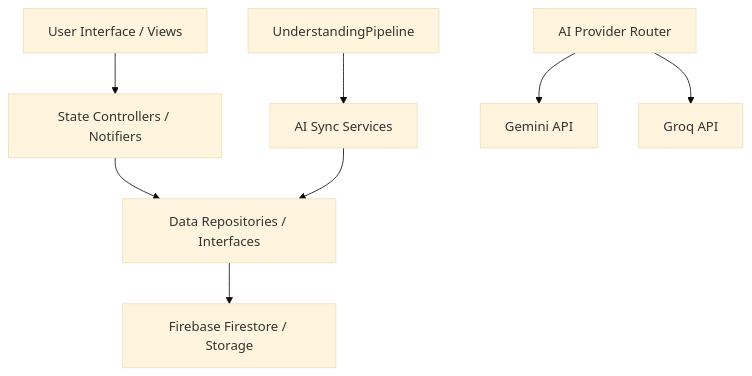
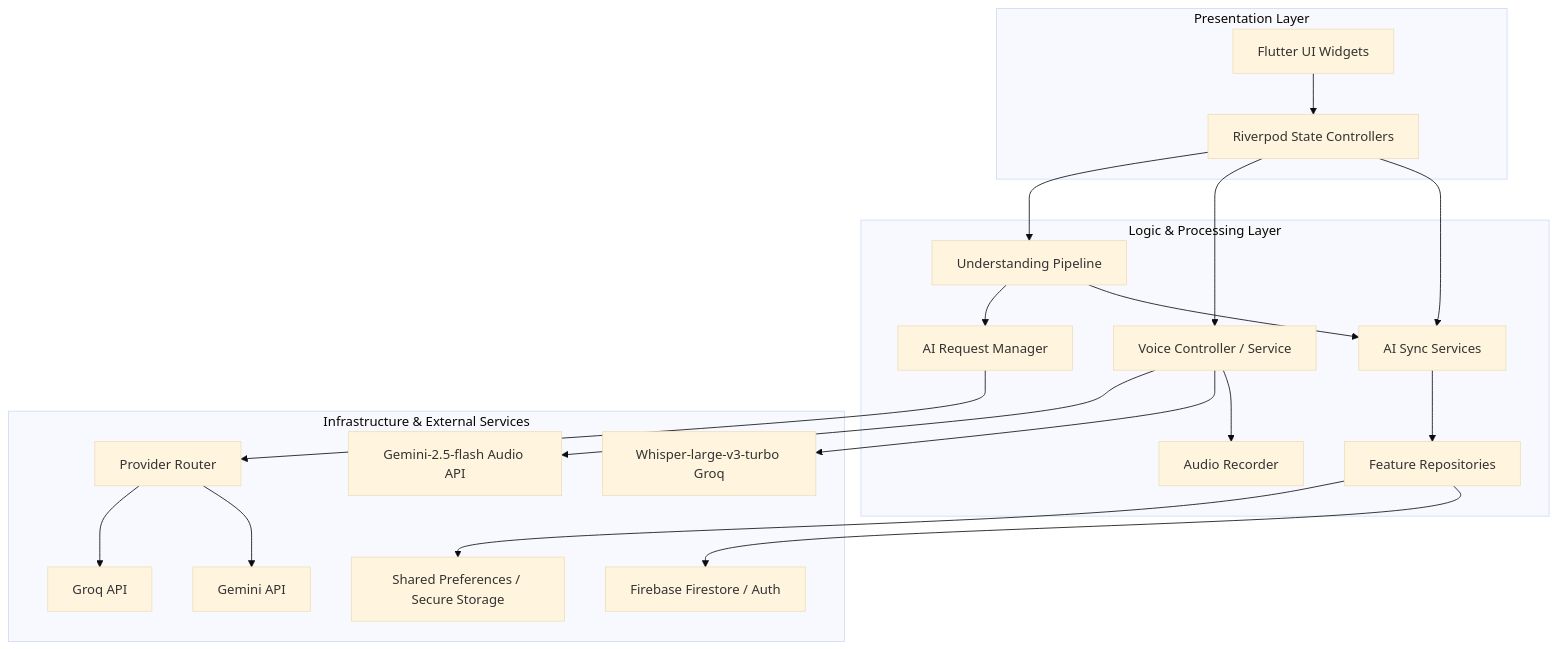
One commit to ShashiSingh8434/Orbit changed the first of 2 diagrams in docs/architecture.md. Above: the diagram before and after it, drawn with Mermaid (base theme). The commit also changed other lines of this file and 9 other files, not shown here.

````diff
--- a/docs/architecture.md
+++ b/docs/architecture.md
@@ -9,11 +11,30 @@
 ```mermaid
 graph TD
-  UI[User Interface / Views] --> Controllers[State Controllers / Notifiers]
-  Controllers --> Repositories[Data Repositories / Interfaces]
-  Repositories --> Firebase[Firebase Firestore / Storage]
-  
-  Pipeline[UnderstandingPipeline] --> SyncServices[AI Sync Services]
-  SyncServices --> Repositories
-  AIProvider[AI Provider Router] --> Gemini[Gemini API]
-  AIProvider --> Groq[Groq API]
+  subgraph Presentation Layer [Presentation Layer]
+    UI[Flutter UI Widgets] --> Controllers[Riverpod State Controllers]
+  end
+
+  subgraph Logic & Processing Layer [Logic & Processing Layer]
+    Controllers --> SyncServices[AI Sync Services]
+    SyncServices --> Repositories[Feature Repositories]
+    
+    Controllers --> VoiceController[Voice Controller / Service]
+    VoiceController --> AudioRecorder[Audio Recorder]
+    
+    Controllers --> Pipeline[Understanding Pipeline]
+    Pipeline --> SyncServices
+    Pipeline --> RequestManager[AI Request Manager]
+  end
+
+  subgraph Infrastructure & External Services [Infrastructure & External Services]
+    RequestManager --> ProviderRouter[Provider Router]
+    ProviderRouter --> GeminiAPI[Gemini API]
+    ProviderRouter --> GroqAPI[Groq API]
+    
+    VoiceController --> WhisperGroq[Whisper-large-v3-turbo Groq]
+    VoiceController --> GeminiAudio[Gemini-2.5-flash Audio API]
+    
+    Repositories --> Firebase[Firebase Firestore / Auth]
+    Repositories --> Cache[Shared Preferences / Secure Storage]
+  end
 ```
````
